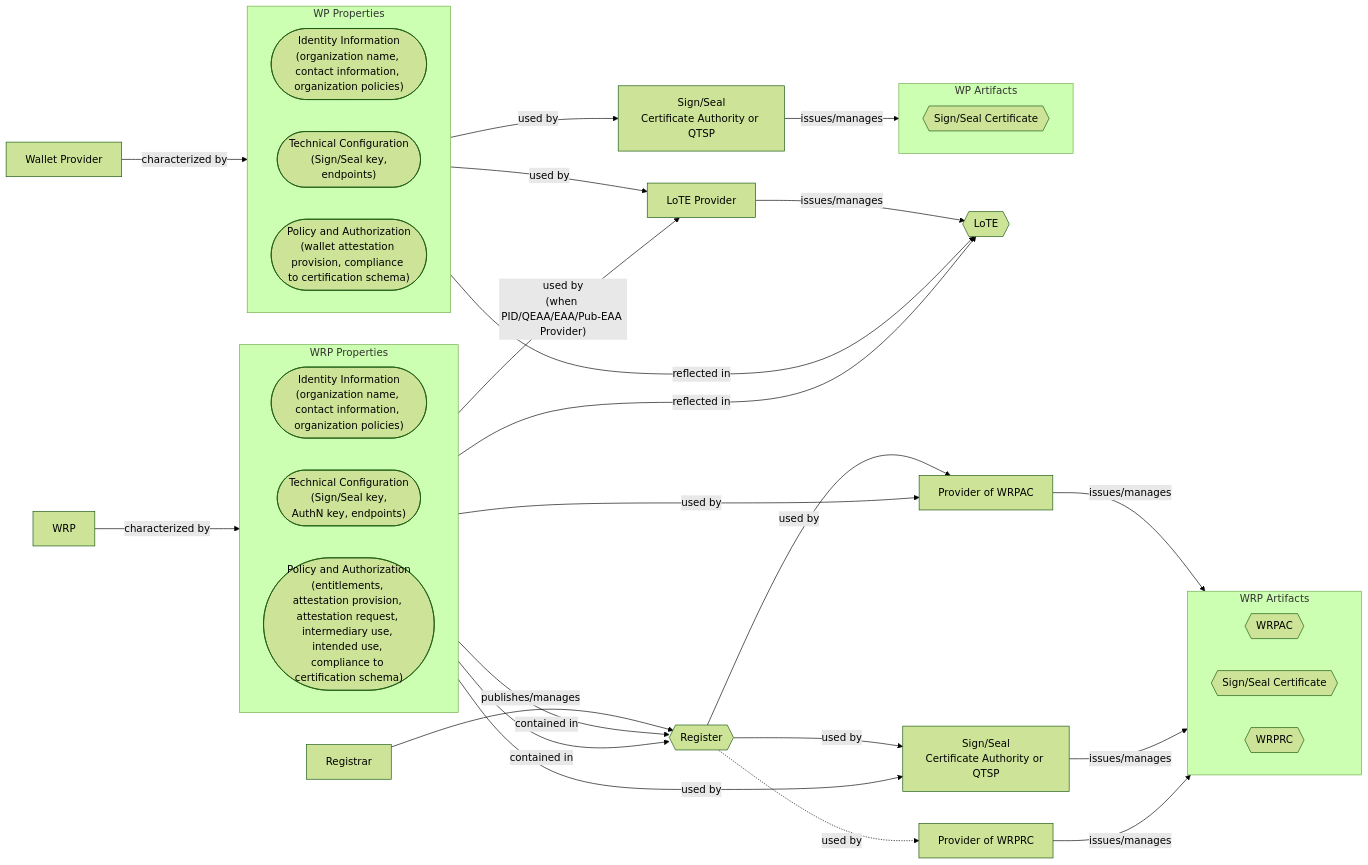
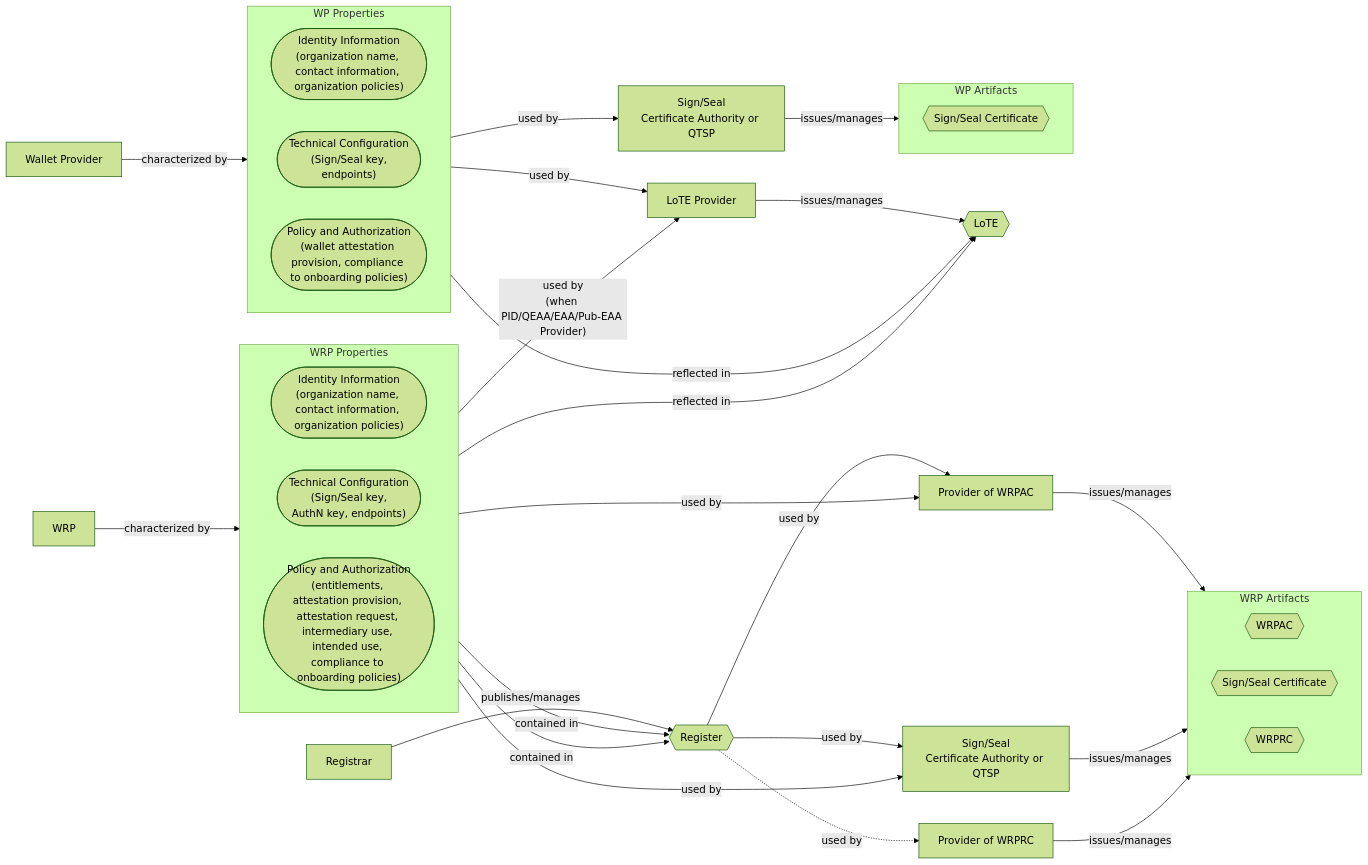
One commit to APTITUDE-Consortium/wp2-trust-specifications changed the first of 4 diagrams in docs/topics/trust-management-process.md. Above: the diagram before and after it, drawn with Mermaid (forest theme). The commit also changed other lines of this file and 1 other file, not shown here.

````diff
--- a/docs/topics/trust-management-process.md
+++ b/docs/topics/trust-management-process.md
@@ -104,70 +104,70 @@
 ```mermaid
 flowchart LR
     wrp["WRP"]
 
     subgraph abst["WRP Properties"]
         direction LR
         id(["Identity Information<br>(organization name, contact information, organization policies)"])
         tech(["Technical Configuration<br>(Sign/Seal key,<br>AuthN key, endpoints)"])
-        authz(["Policy and Authorization<br>(entitlements, attestation provision, attestation request, intermediary use, intended use, compliance to certification schema)"])
+        authz(["Policy and Authorization<br>(entitlements, attestation provision, attestation request, intermediary use, intended use, compliance to onboarding policies)"])
     end
 
     subgraph arti["WRP Artifacts"]
         direction LR
         ac{{"WRPAC"}}
         csig{{"Sign/Seal Certificate"}}
         rc{{"WRPRC"}}
     end
 
     tl{{"LoTE"}}
     reg{{"Register"}}
 
     ca["Sign/Seal<br>Certificate Authority or QTSP"]
     acca["Provider of WRPAC"]
     rcca["Provider of WRPRC"]
     ent_reg["Registrar"]
     tlp["LoTE Provider"]
 
     ent_reg --"publishes/manages"--> reg
     wrp --"characterized by"--> abst
 
     reg --"used by"--> acca
     tech --"used by"--> acca
     acca --"issues/manages"--> ac
 
     reg --"used by"--> ca
     tech --"used by"--> ca
     ca --"issues/manages"--> csig
 
     reg -."used by".-> rcca
     rcca --"issues/manages"--> rc
 
     id --"contained in"--> reg
     authz --"reflected in"--> tl
     authz --"contained in"--> reg
     abst --"used by<br>(when PID/QEAA/EAA/Pub-EAA Provider)"--> tlp
     tlp --"issues/manages"--> tl
     
 
     wp["Wallet Provider"]
 
     subgraph abst_wp["WP Properties"]
         direction LR
         id_wp(["Identity Information<br>(organization name, contact information, organization policies)"])
         tech_wp(["Technical Configuration<br>(Sign/Seal key,<br>endpoints)"])
-         authz_wp(["Policy and Authorization<br>(wallet attestation provision, compliance to certification schema)"])
+         authz_wp(["Policy and Authorization<br>(wallet attestation provision, compliance to onboarding policies)"])
     end
 
     subgraph arti_wp["WP Artifacts"]
         direction LR
         csig_wp{{"Sign/Seal Certificate"}}
     end
     ca_wp["Sign/Seal<br>Certificate Authority or QTSP"]
 
     wp --"characterized by"--> abst_wp
     authz_wp --"reflected in"--> tl
     tech_wp --"used by"--> ca_wp
     ca_wp --"issues/manages"--> csig_wp
 
     abst_wp --"used by"--> tlp
 ```
````
